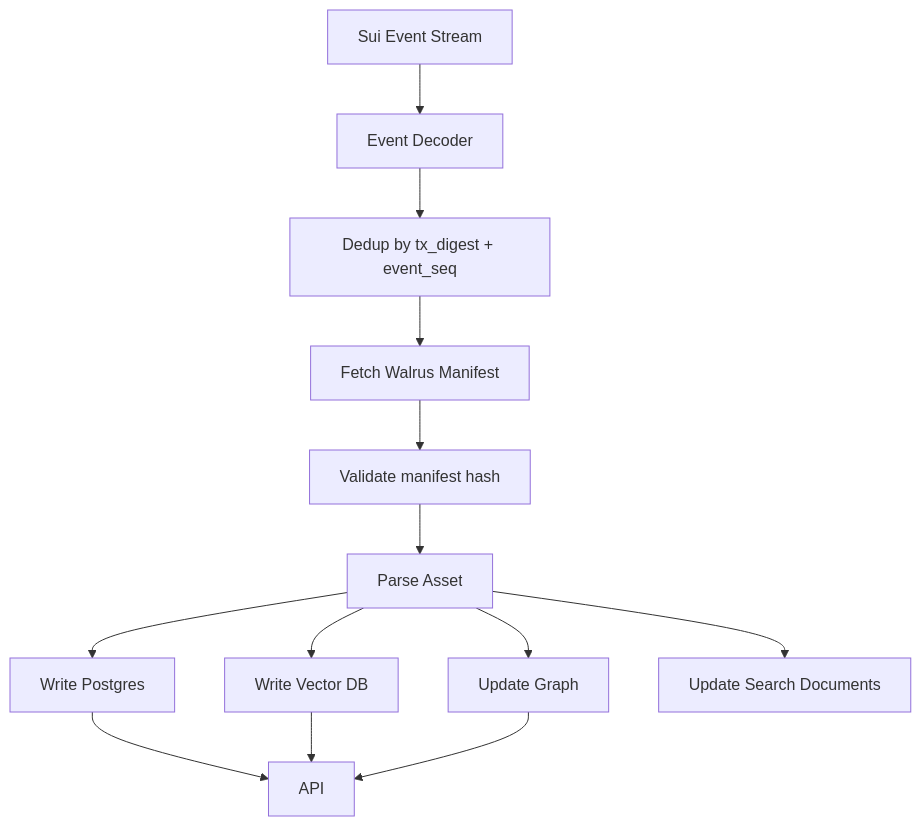
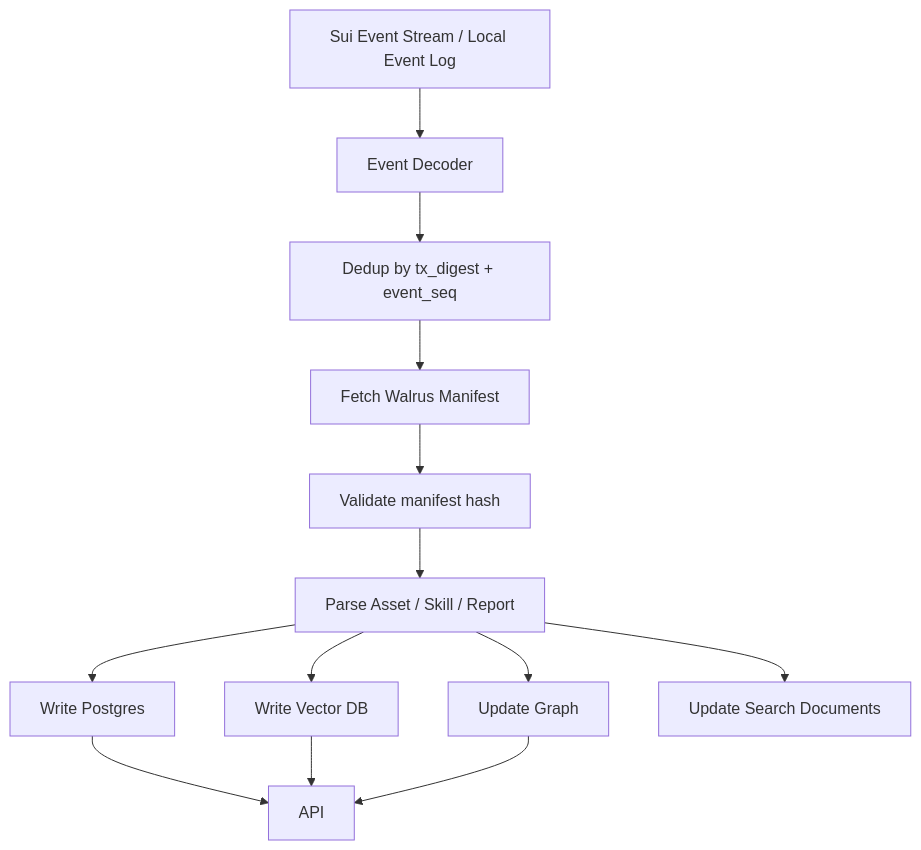
One commit to Euraxluo/research-network changed the diagram in docs/06-indexer-search-graph.md. Above: the diagram before and after it, drawn with Mermaid. The commit also changed other lines of this file and 92 other files, not shown here.

````diff
--- a/docs/06-indexer-search-graph.md
+++ b/docs/06-indexer-search-graph.md
@@ -29,15 +48,15 @@
 ```mermaid
 flowchart TD
-    A[Sui Event Stream] --> B[Event Decoder]
+    A[Sui Event Stream / Local Event Log] --> B[Event Decoder]
     B --> C[Dedup by tx_digest + event_seq]
     C --> D[Fetch Walrus Manifest]
     D --> E[Validate manifest hash]
-    E --> F[Parse Asset]
+    E --> F[Parse Asset / Skill / Report]
     F --> G[Write Postgres]
     F --> H[Write Vector DB]
     F --> I[Update Graph]
     F --> J[Update Search Documents]
     G --> K[API]
     H --> K
     I --> K
 ```
````
